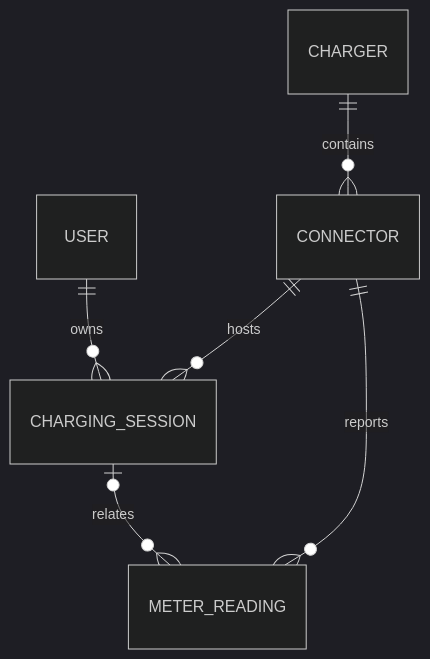
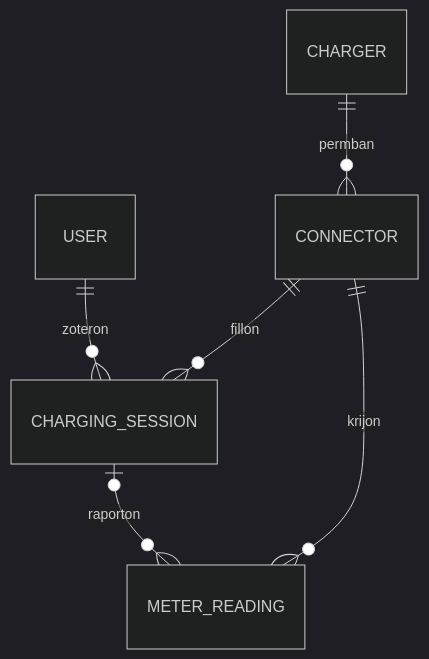
One commit to ChrisK1504/remote-ev-charging-app changed the eighth of 11 diagrams in README.MD. Above: the diagram before and after it, drawn with Mermaid (dark theme). The commit also changed other lines of this file, not shown here.

````diff
--- a/README.MD
+++ b/README.MD
@@ -467,8 +467,8 @@
 ```mermaid
 erDiagram
-    USER ||--o{ CHARGING_SESSION : owns
-    CHARGER ||--o{ CONNECTOR : contains
-    CONNECTOR ||--o{ CHARGING_SESSION : hosts
-    CONNECTOR ||--o{ METER_READING : reports
-    CHARGING_SESSION o|--o{ METER_READING : relates
+    USER ||--o{ CHARGING_SESSION : zoteron
+    CHARGER ||--o{ CONNECTOR : permban
+    CONNECTOR ||--o{ CHARGING_SESSION : fillon
+    CONNECTOR ||--o{ METER_READING : krijon
+    CHARGING_SESSION o|--o{ METER_READING : raporton
 ```
````
